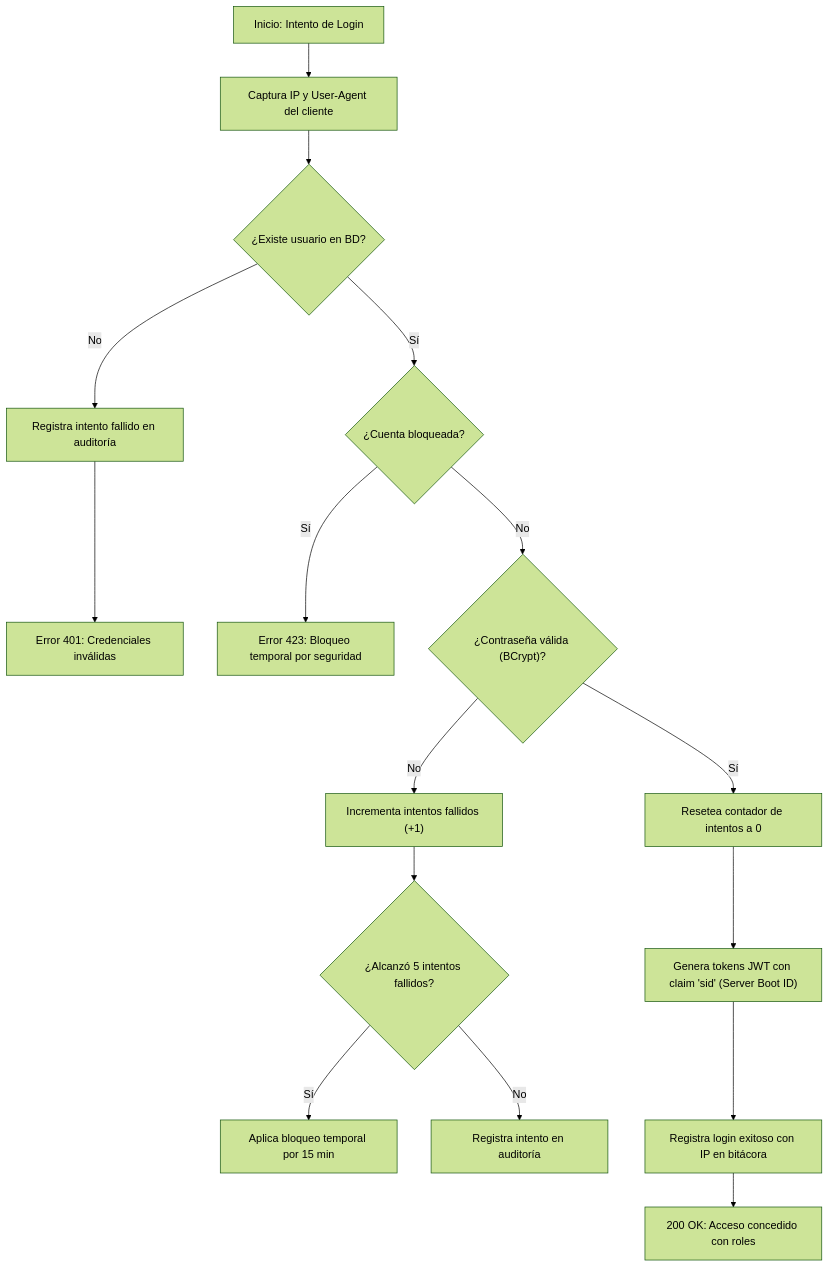
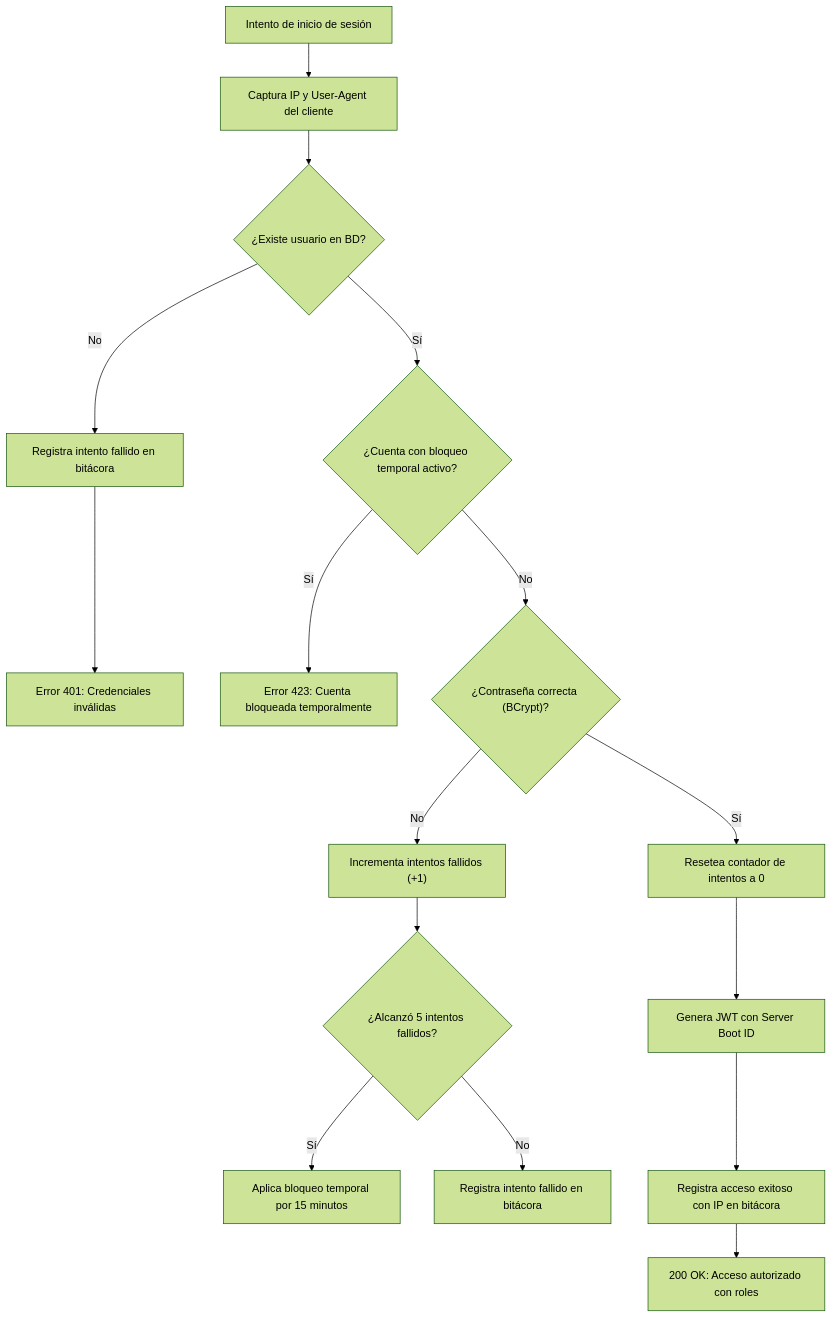
One commit to MrCarlos17A/TechZone changed the fifth of 9 diagrams in README.md. Above: the diagram before and after it, drawn with Mermaid (forest theme). The commit also changed other lines of this file, not shown here.

Commit message:
docs: correción de los diagramas del README

````diff
--- a/README.md
+++ b/README.md
@@ -237,21 +274,21 @@
 ```mermaid
 flowchart TD
-    START["Inicio: Intento de Login"] --> CAPTURA["Captura IP y User-Agent del cliente"]
-    CAPTURA --> BUSCA{"¿Existe usuario en BD?"}
+    START["Intento de inicio de sesión"] --> CAPTURE["Captura IP y User-Agent del cliente"]
+    CAPTURE --> FIND{"¿Existe usuario en BD?"}
     
-    BUSCA -- No --> LOG_FAIL1["Registra intento fallido en auditoría"] --> RET_401["Error 401: Credenciales inválidas"]
+    FIND -- No --> AUDIT_FAIL1["Registra intento fallido en bitácora"] --> RET_401["Error 401: Credenciales inválidas"]
     
-    BUSCA -- Sí --> CHECK_LOCK{"¿Cuenta bloqueada?"}
-    CHECK_LOCK -- Sí --> RET_423["Error 423: Bloqueo temporal por seguridad"]
+    FIND -- Sí --> LOCKED{"¿Cuenta con bloqueo temporal activo?"}
+    LOCKED -- Sí --> RET_423["Error 423: Cuenta bloqueada temporalmente"]
     
-    CHECK_LOCK -- No --> PASS{"¿Contraseña válida (BCrypt)?"}
-    PASS -- No --> INC_FAIL["Incrementa intentos fallidos (+1)"]
-    INC_FAIL --> REACH_LIMIT{"¿Alcanzó 5 intentos fallidos?"}
-    REACH_LIMIT -- Sí --> LOCK_USER["Aplica bloqueo temporal por 15 min"]
-    REACH_LIMIT -- No --> LOG_FAIL2["Registra intento en auditoría"]
+    LOCKED -- No --> CHECK_PASS{"¿Contraseña correcta (BCrypt)?"}
+    CHECK_PASS -- No --> INC["Incrementa intentos fallidos (+1)"]
+    INC --> MAX{"¿Alcanzó 5 intentos fallidos?"}
+    MAX -- Sí --> SET_LOCK["Aplica bloqueo temporal por 15 minutos"]
+    MAX -- No --> AUDIT_FAIL2["Registra intento fallido en bitácora"]
     
-    PASS -- Sí --> RESET["Resetea contador de intentos a 0"]
-    RESET --> GEN_JWT["Genera tokens JWT con claim 'sid' (Server Boot ID)"]
-    GEN_JWT --> LOG_OK["Registra login exitoso con IP en bitácora"]
-    LOG_OK --> SEND_TOKEN["200 OK: Acceso concedido con roles"]
+    CHECK_PASS -- Sí --> RESET_COUNT["Resetea contador de intentos a 0"]
+    RESET_COUNT --> GEN_TOKEN["Genera JWT con Server Boot ID"]
+    GEN_TOKEN --> AUDIT_OK["Registra acceso exitoso con IP en bitácora"]
+    AUDIT_OK --> RET_200["200 OK: Acceso autorizado con roles"]
 ```
````
